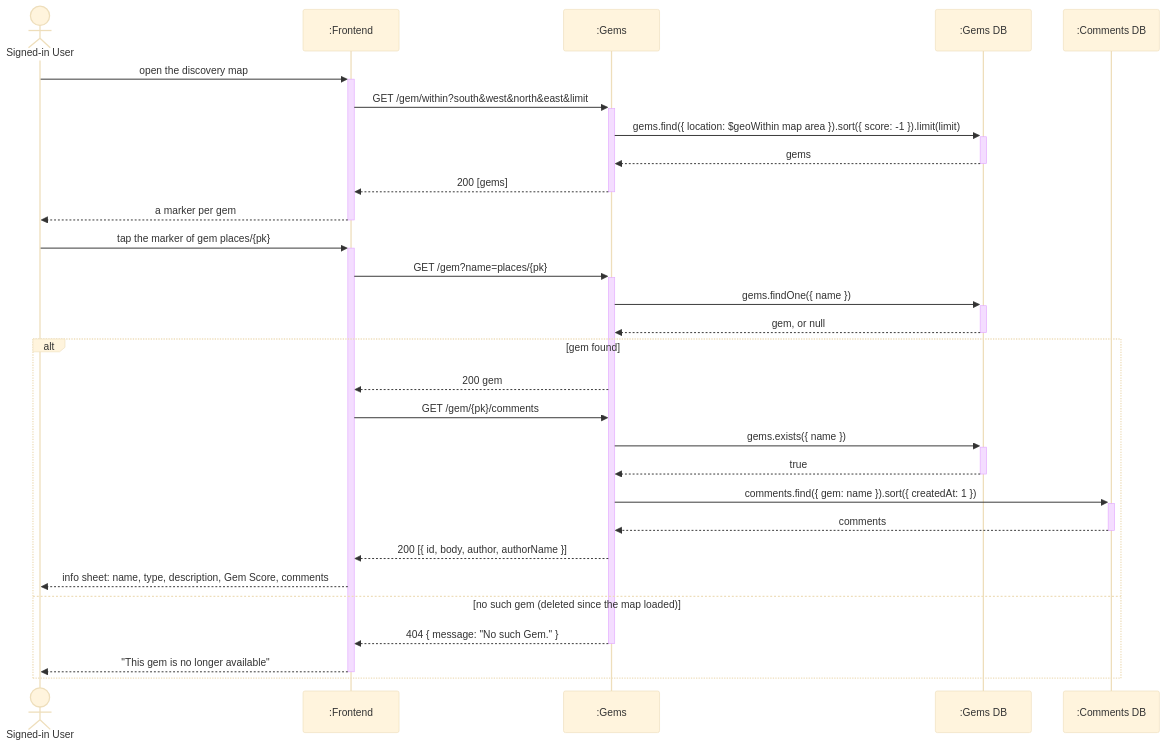
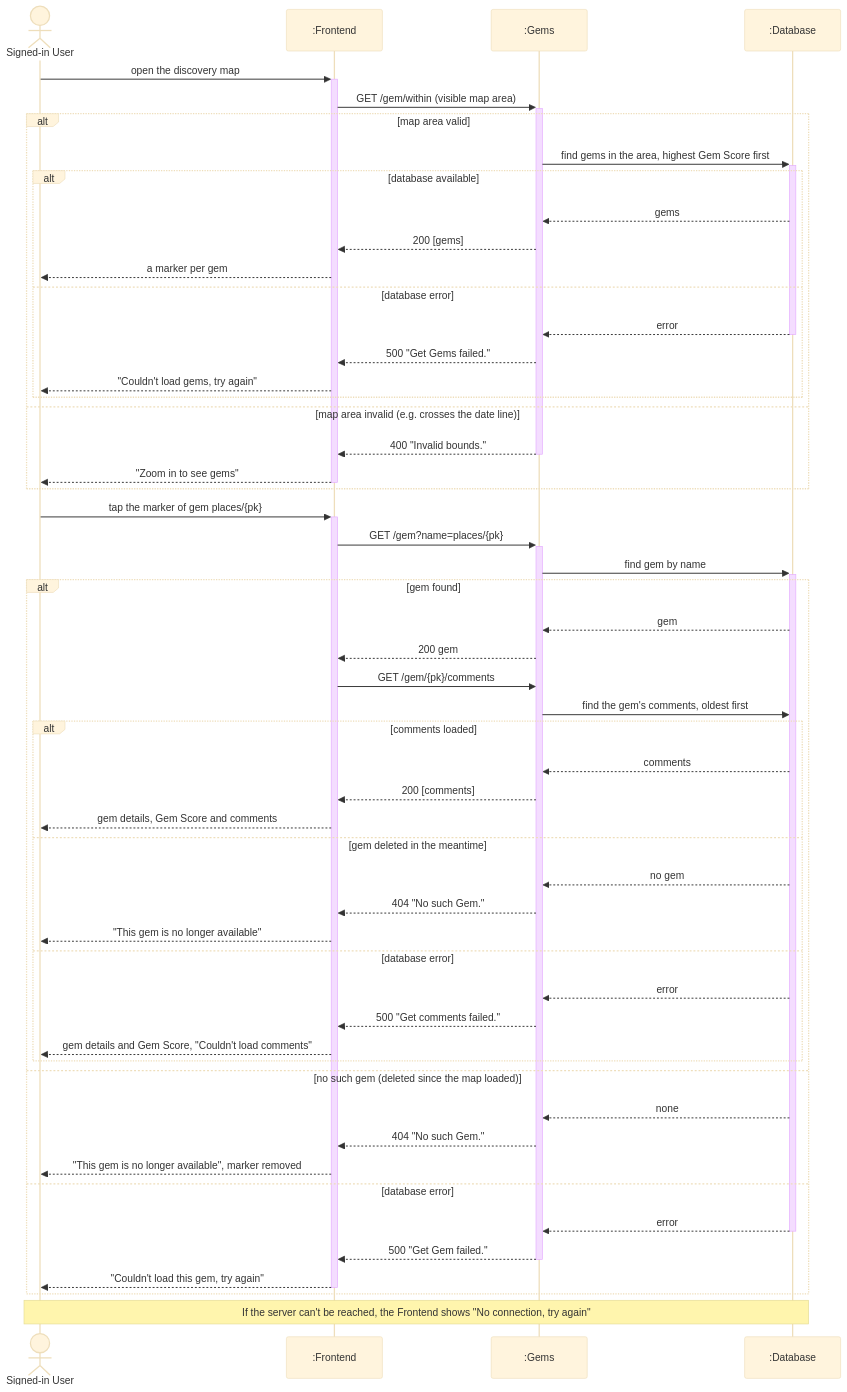
One commit to ubc-cpen-321-excavator/excavator changed the diagram in documentation/diagrams/uc1_view_a_gem.mmd. Above: the diagram before and after it, drawn with Mermaid (base theme). The commit also changed 16 other files, not shown here.

Commit message:
docs: simplify diagrams and show every failure case

```diff
--- a/documentation/diagrams/uc1_view_a_gem.mmd
+++ b/documentation/diagrams/uc1_view_a_gem.mmd
@@ -1,31 +1,55 @@
 sequenceDiagram
   actor U as Signed-in User
   participant F as :Frontend
   participant G as :Gems
-  participant GDB as :Gems DB
-  participant CDB as :Comments DB
+  participant DB as :Database
 
   U->>+F: open the discovery map
-  F->>+G: GET /gem/within?south&west&north&east&limit
-  G->>+GDB: gems.find({ location: $geoWithin map area }).sort({ score: -1 }).limit(limit)
-  GDB-->>-G: gems
-  G-->>-F: 200 [gems]
-  F-->>-U: a marker per gem
+  F->>+G: GET /gem/within (visible map area)
+  alt map area valid
+    G->>+DB: find gems in the area, highest Gem Score first
+    alt database available
+      DB-->>G: gems
+      G-->>F: 200 [gems]
+      F-->>U: a marker per gem
+    else database error
+      DB-->>-G: error
+      G-->>F: 500 "Get Gems failed."
+      F-->>U: "Couldn't load gems, try again"
+    end
+  else map area invalid (e.g. crosses the date line)
+    G-->>-F: 400 "Invalid bounds."
+    F-->>-U: "Zoom in to see gems"
+  end
 
   U->>+F: tap the marker of gem places/{pk}
   F->>+G: GET /gem?name=places/{pk}
-  G->>+GDB: gems.findOne({ name })
-  GDB-->>-G: gem, or null
+  G->>+DB: find gem by name
   alt gem found
+    DB-->>G: gem
     G-->>F: 200 gem
     F->>G: GET /gem/{pk}/comments
-    G->>+GDB: gems.exists({ name })
-    GDB-->>-G: true
-    G->>+CDB: comments.find({ gem: name }).sort({ createdAt: 1 })
-    CDB-->>-G: comments
-    G-->>F: 200 [{ id, body, author, authorName }]
-    F-->>U: info sheet: name, type, description, Gem Score, comments
+    G->>DB: find the gem's comments, oldest first
+    alt comments loaded
+      DB-->>G: comments
+      G-->>F: 200 [comments]
+      F-->>U: gem details, Gem Score and comments
+    else gem deleted in the meantime
+      DB-->>G: no gem
+      G-->>F: 404 "No such Gem."
+      F-->>U: "This gem is no longer available"
+    else database error
+      DB-->>G: error
+      G-->>F: 500 "Get comments failed."
+      F-->>U: gem details and Gem Score, "Couldn't load comments"
+    end
   else no such gem (deleted since the map loaded)
-    G-->>-F: 404 { message: "No such Gem." }
-    F-->>-U: "This gem is no longer available"
+    DB-->>G: none
+    G-->>F: 404 "No such Gem."
+    F-->>U: "This gem is no longer available", marker removed
+  else database error
+    DB-->>-G: error
+    G-->>-F: 500 "Get Gem failed."
+    F-->>-U: "Couldn't load this gem, try again"
   end
+  Note over U,DB: If the server can't be reached, the Frontend shows "No connection, try again"
```
